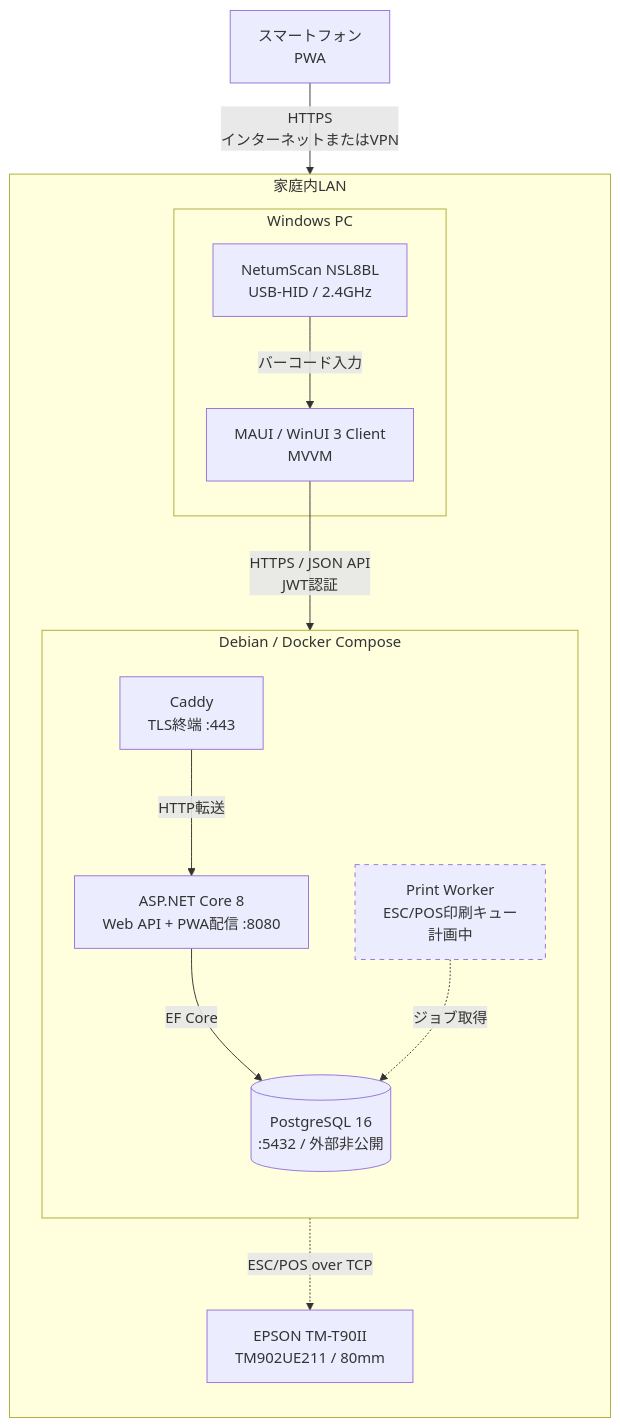
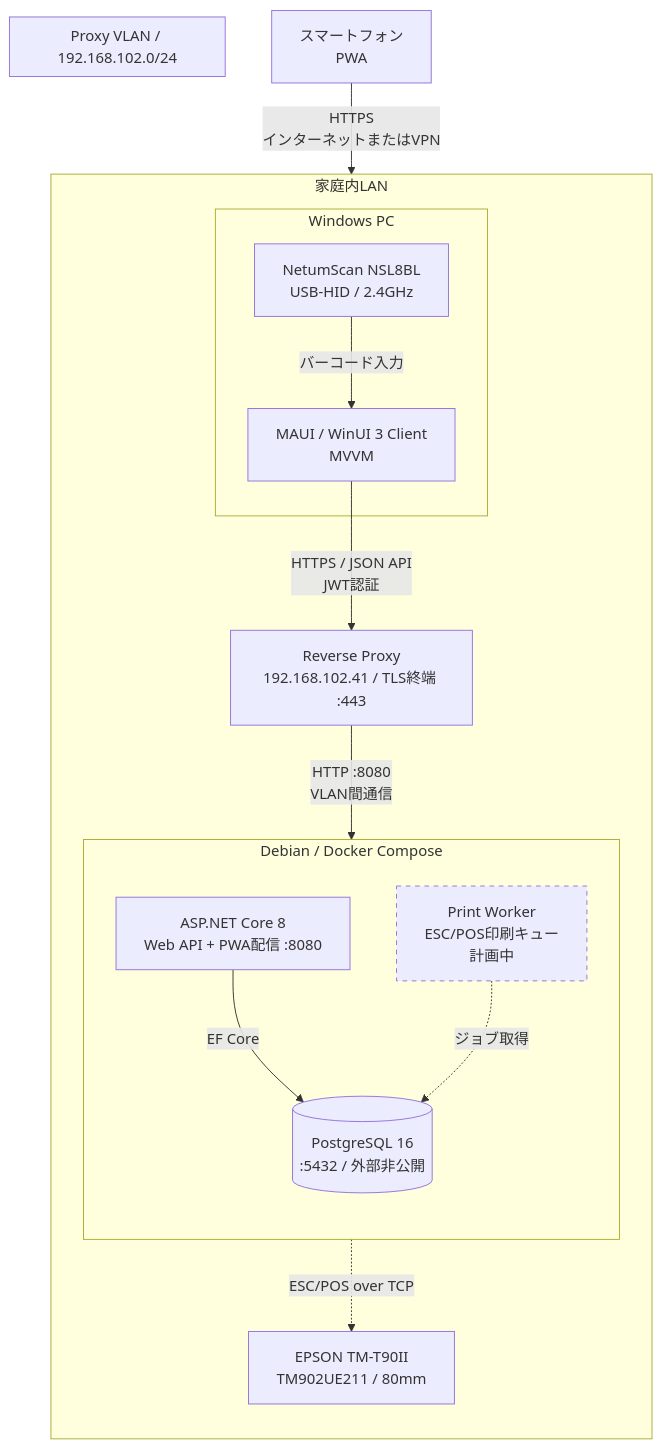
The diagram in docs/architecture.md (Factory-KJC/inventorymanagement), drawn with Mermaid before and after one commit. The commit also changed other lines of this file and 7 other files, not shown here.

````diff
--- a/docs/architecture.md
+++ b/docs/architecture.md
@@ -103,36 +103,39 @@
 ```mermaid
 flowchart TB
     Mobile["スマートフォン<br/>PWA"]
 
     subgraph Home["家庭内LAN"]
         direction TB
 
         subgraph Windows["Windows PC"]
             WPF["MAUI / WinUI 3 Client<br/>MVVM"]
             Scanner["NetumScan NSL8BL<br/>USB-HID / 2.4GHz"]
             Scanner -->|"バーコード入力"| WPF
         end
 
         Printer["EPSON TM-T90II<br/>TM902UE211 / 80mm"]
 
         subgraph Linux["Debian / Docker Compose"]
             direction TB
-            Caddy["Caddy<br/>TLS終端 :443"]
             API["ASP.NET Core 8<br/>Web API + PWA配信 :8080"]
             DB[("PostgreSQL 16<br/>:5432 / 外部非公開")]
             Worker["Print Worker<br/>ESC/POS印刷キュー<br/>計画中"]
 
-            Caddy -->|"HTTP転送"| API
             API -->|"EF Core"| DB
             Worker -.->|"ジョブ取得"| DB
         end
 
-        WPF -->|"HTTPS / JSON API<br/>JWT認証"| Caddy
+        WPF -->|"HTTPS / JSON API<br/>JWT認証"| Proxy
         Worker -.->|"ESC/POS over TCP"| Printer
     end
 
-    Mobile -->|"HTTPS<br/>インターネットまたはVPN"| Caddy
+    subgraph ProxyVlan["Proxy VLAN / 192.168.102.0/24"]
+        Proxy["Reverse Proxy<br/>192.168.102.41 / TLS終端 :443"]
+    end
+
+    Mobile -->|"HTTPS<br/>インターネットまたはVPN"| Proxy
+    Proxy -->|"HTTP :8080<br/>VLAN間通信"| API
 
     classDef planned stroke-dasharray: 5 5
     class Worker planned
 ```
````
